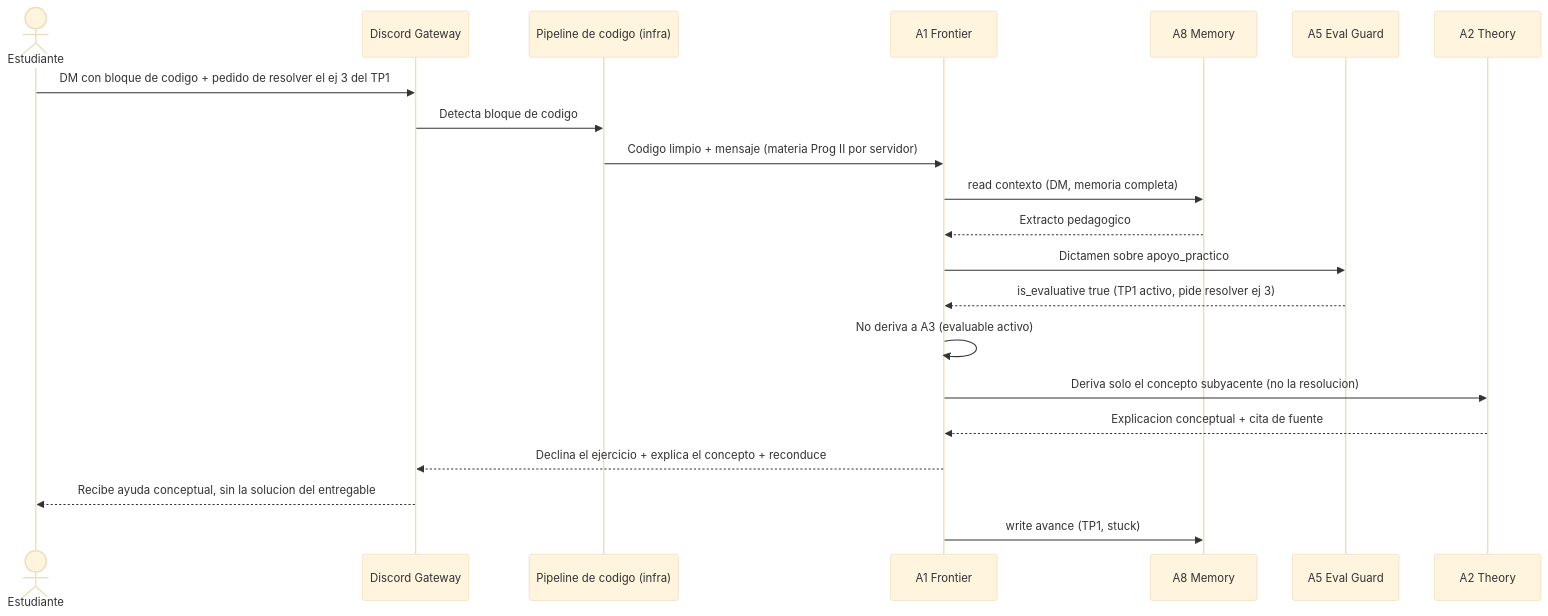
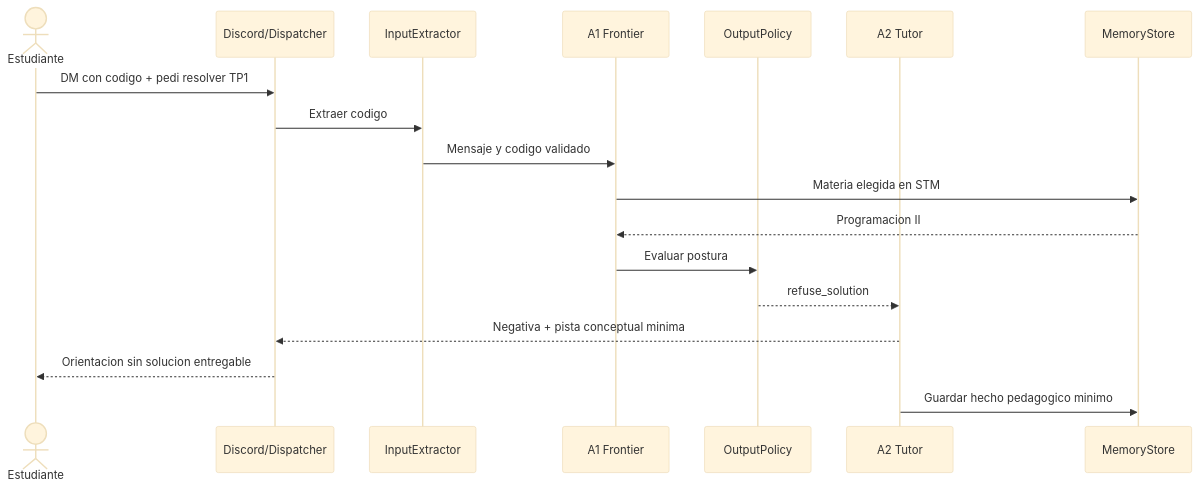
One commit to berni-245/SMA-Discord-bot changed the first of 4 diagrams in spec/06-escenarios-y-trazabilidad.md. Above: the diagram before and after it, drawn with Mermaid (base theme). The commit also changed other lines of this file and 30 other files, not shown here.

````diff
--- a/spec/06-escenarios-y-trazabilidad.md
+++ b/spec/06-escenarios-y-trazabilidad.md
@@ -36,24 +14,20 @@
 ```mermaid
 sequenceDiagram
     actor E as Estudiante
-    participant D as Discord Gateway
-    participant CP as Pipeline de codigo (infra)
+    participant D as Discord/Dispatcher
+    participant I as InputExtractor
     participant A1 as A1 Frontier
-    participant A8 as A8 Memory
-    participant A5 as A5 Eval Guard
-    participant A2 as A2 Theory
-
-    E->>D: DM con bloque de codigo + pedido de resolver el ej 3 del TP1
-    D->>CP: Detecta bloque de codigo
-    CP->>A1: Codigo limpio + mensaje (materia Prog II por servidor)
-    A1->>A8: read contexto (DM, memoria completa)
-    A8-->>A1: Extracto pedagogico
-    A1->>A5: Dictamen sobre apoyo_practico
-    A5-->>A1: is_evaluative true (TP1 activo, pide resolver ej 3)
-    A1->>A1: No deriva a A3 (evaluable activo)
-    A1->>A2: Deriva solo el concepto subyacente (no la resolucion)
-    A2-->>A1: Explicacion conceptual + cita de fuente
-    A1-->>D: Declina el ejercicio + explica el concepto + reconduce
-    D-->>E: Recibe ayuda conceptual, sin la solucion del entregable
-    A1->>A8: write avance (TP1, stuck)
+    participant OP as OutputPolicy
+    participant A2 as A2 Tutor
+    participant M as MemoryStore
+    E->>D: DM con codigo + pedi resolver TP1
+    D->>I: Extraer codigo
+    I->>A1: Mensaje y codigo validado
+    A1->>M: Materia elegida en STM
+    M-->>A1: Programacion II
+    A1->>OP: Evaluar postura
+    OP-->>A2: refuse_solution
+    A2-->>D: Negativa + pista conceptual minima
+    D-->>E: Orientacion sin solucion entregable
+    A2->>M: Guardar hecho pedagogico minimo
 ```
````
